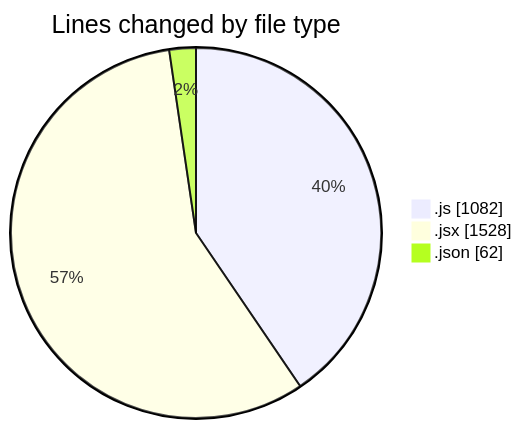
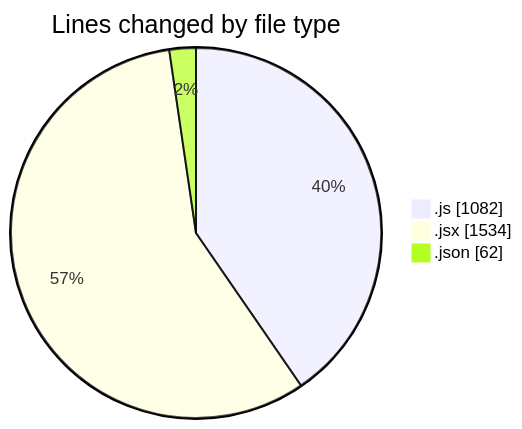
Before and after one commit to nxtqubesakshisongat/code-tracking: the first of 2 diagrams in 2025-08-07/nxtqube_webapp/README.md, drawn with Mermaid. The commit also changed other lines of this file and 1 other file, not shown here.

````diff
--- a/2025-08-07/nxtqube_webapp/README.md
+++ b/2025-08-07/nxtqube_webapp/README.md
@@ -25,7 +25,7 @@
 ```mermaid
 pie showData
 title Lines changed by file type
 ".js" : 1082
-".jsx" : 1528
+".jsx" : 1534
 ".json" : 62
 ```
````
